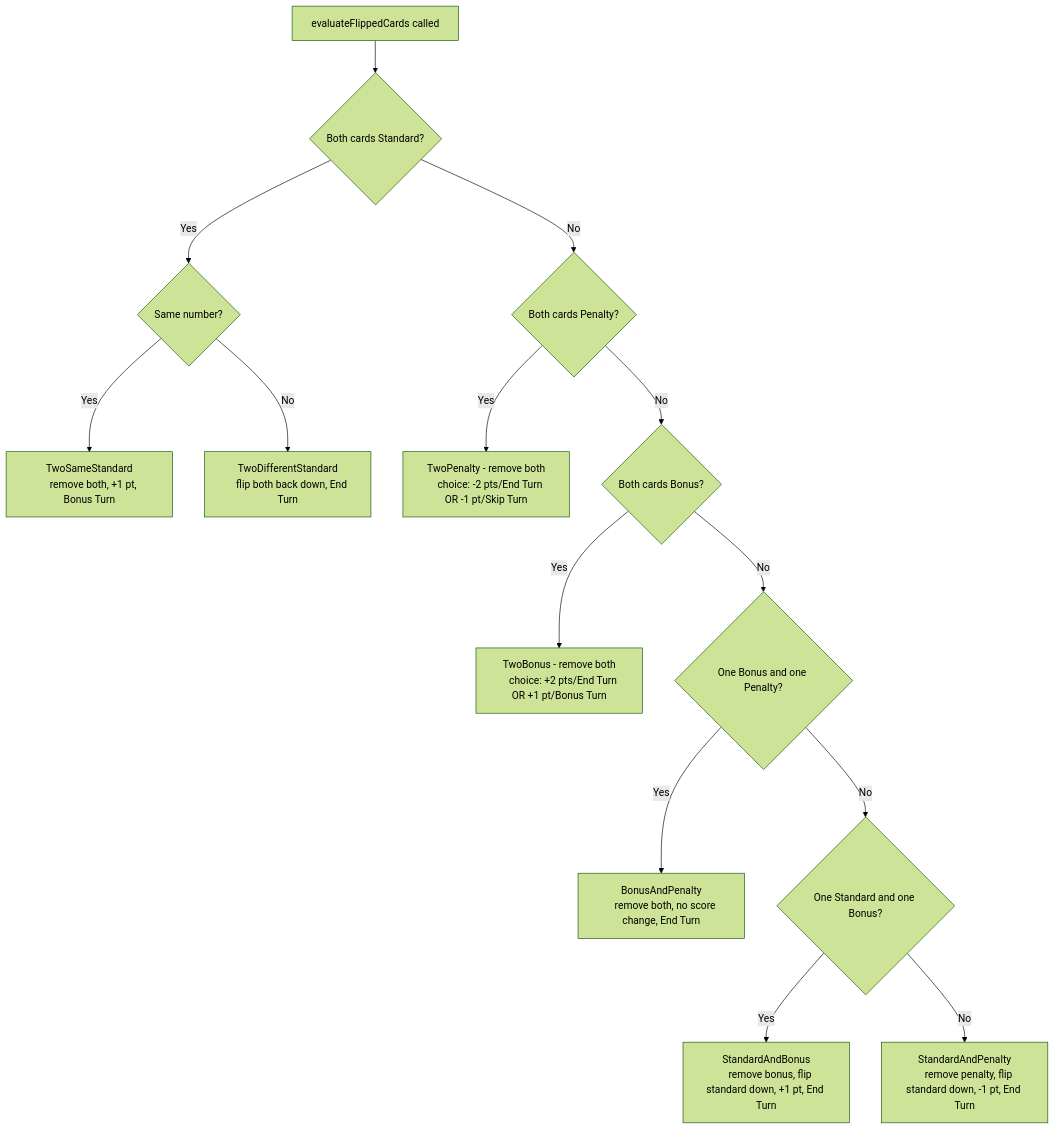
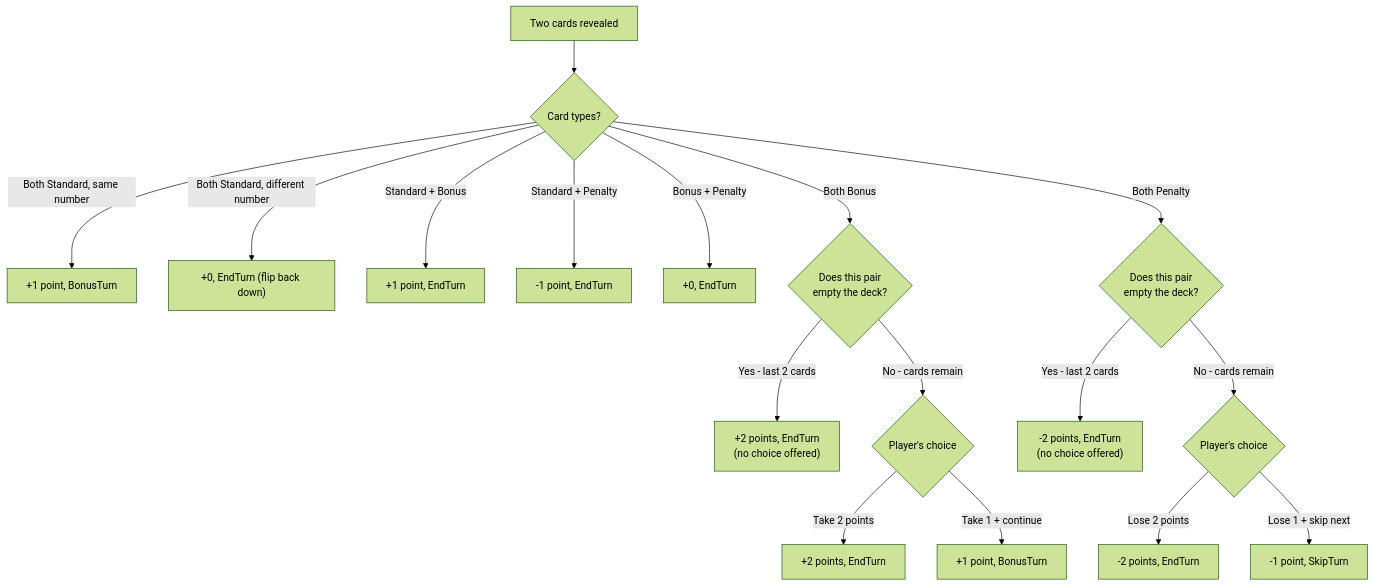
One commit to ahmed-marie/INCS101-Project-V2 changed the diagram in docs/diagrams/evaluate_flipped_cards_flowchart.mermaid. Above: the diagram before and after it, drawn with Mermaid (forest theme). The commit also changed 11 other files, not shown here.

```diff
--- a/docs/diagrams/evaluate_flipped_cards_flowchart.mermaid
+++ b/docs/diagrams/evaluate_flipped_cards_flowchart.mermaid
@@ -1,21 +1,17 @@
 flowchart TD
-    A[evaluateFlippedCards called] --> B{Both cards Standard?}
-    B -- Yes --> C{Same number?}
-    C -- Yes --> D["TwoSameStandard
-    remove both, +1 pt, Bonus Turn"]
-    C -- No --> E["TwoDifferentStandard
-    flip both back down, End Turn"]
-    B -- No --> F{Both cards Penalty?}
-    F -- Yes --> G["TwoPenalty - remove both
-    choice: -2 pts/End Turn OR -1 pt/Skip Turn"]
-    F -- No --> H{Both cards Bonus?}
-    H -- Yes --> I["TwoBonus - remove both
-    choice: +2 pts/End Turn OR +1 pt/Bonus Turn"]
-    H -- No --> J{One Bonus and one Penalty?}
-    J -- Yes --> K["BonusAndPenalty
-    remove both, no score change, End Turn"]
-    J -- No --> L{One Standard and one Bonus?}
-    L -- Yes --> M["StandardAndBonus
-    remove bonus, flip standard down, +1 pt, End Turn"]
-    L -- No --> N["StandardAndPenalty
-    remove penalty, flip standard down, -1 pt, End Turn"]
+    A[Two cards revealed] --> B{Card types?}
+    B -->|Both Standard, same number| C["+1 point, BonusTurn"]
+    B -->|Both Standard, different number| D["+0, EndTurn (flip back down)"]
+    B -->|Standard + Bonus| E["+1 point, EndTurn"]
+    B -->|Standard + Penalty| F["-1 point, EndTurn"]
+    B -->|Bonus + Penalty| G["+0, EndTurn"]
+    B -->|Both Bonus| H{Does this pair\nempty the deck?}
+    H -->|Yes - last 2 cards| H1["+2 points, EndTurn\n(no choice offered)"]
+    H -->|No - cards remain| H2{Player's choice}
+    H2 -->|Take 2 points| I["+2 points, EndTurn"]
+    H2 -->|Take 1 + continue| J["+1 point, BonusTurn"]
+    B -->|Both Penalty| K{Does this pair\nempty the deck?}
+    K -->|Yes - last 2 cards| K1["-2 points, EndTurn\n(no choice offered)"]
+    K -->|No - cards remain| K2{Player's choice}
+    K2 -->|Lose 2 points| L["-2 points, EndTurn"]
+    K2 -->|Lose 1 + skip next| M["-1 point, SkipTurn"]
```
